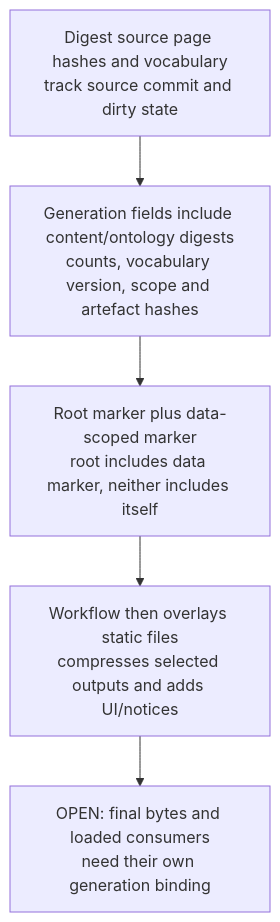
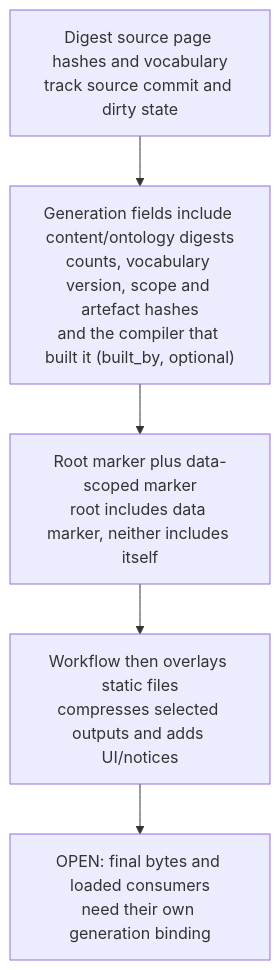
The third of 4 diagrams in docs/diagrams/visiongraph/05-invariants-register.md (DreamLab-AI/VisionFlow), drawn with Mermaid before and after one commit. The commit also changed other lines of this file and 70 other files, not shown here.

First line of the commit message:
docs(diagrams): re-verify 69 topics at current default-branch heads

````diff
--- a/docs/diagrams/visiongraph/05-invariants-register.md
+++ b/docs/diagrams/visiongraph/05-invariants-register.md
@@ -74,17 +74,18 @@
 ```mermaid
 flowchart TB
     INPUT["Digest source page hashes and vocabulary<br/>track source commit and dirty state"]
-    MARKER["Generation fields include content/ontology digests<br/>counts, vocabulary version, scope and artefact hashes"]
+    MARKER["Generation fields include content/ontology digests<br/>counts, vocabulary version, scope and artefact hashes<br/>and the compiler that built it (built_by, optional)"]
     TWO["Root marker plus data-scoped marker<br/>root includes data marker, neither includes itself"]
     SITE["Workflow then overlays static files<br/>compresses selected outputs and adds UI/notices"]
     GAP["OPEN: final bytes and loaded consumers<br/>need their own generation binding"]
     INPUT --> MARKER --> TWO --> SITE --> GAP
-    %% Source: crates/ontomark-compile/src/build/mod.rs:1084
-    %% Source: crates/ontomark-compile/src/build/mod.rs:1093
-    %% Source: crates/ontomark-compile/src/build/generation.rs:90
-    %% Source: crates/ontomark-compile/src/build/mod.rs:1126
-    %% Source: .github/workflows/publish.yml:260
-    %% Source: .github/workflows/publish.yml:359
-    %% Source: .github/workflows/publish.yml:450
+    %% Source: crates/ontomark-compile/src/build/mod.rs:1102
+    %% Source: crates/ontomark-compile/src/build/mod.rs:1111
+    %% Source: crates/ontomark-compile/src/build/generation.rs:92
+    %% Source: crates/ontomark-compile/src/build/generation.rs:95
+    %% Source: crates/ontomark-compile/src/build/mod.rs:1144
+    %% Source: .github/workflows/publish.yml:261
+    %% Source: .github/workflows/publish.yml:370
+    %% Source: .github/workflows/publish.yml:460
     %% Source: docs/adr/ADR-VG-002-generation-and-consumer-identity.md:49
 ```
````
